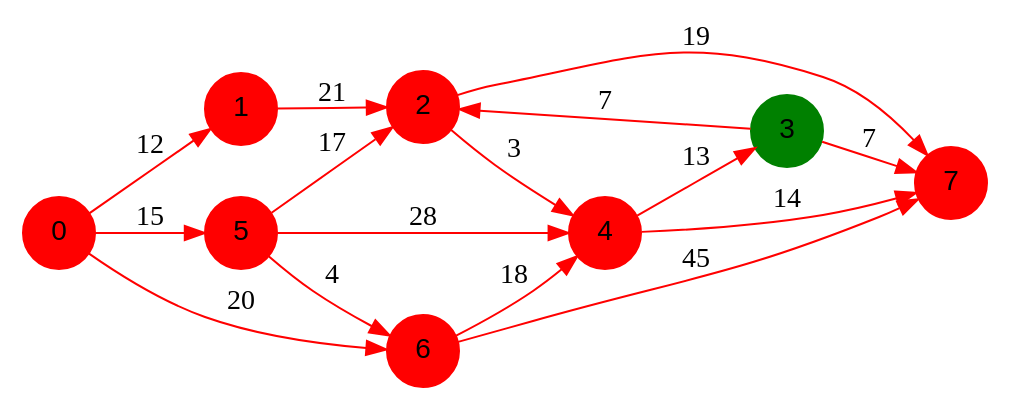
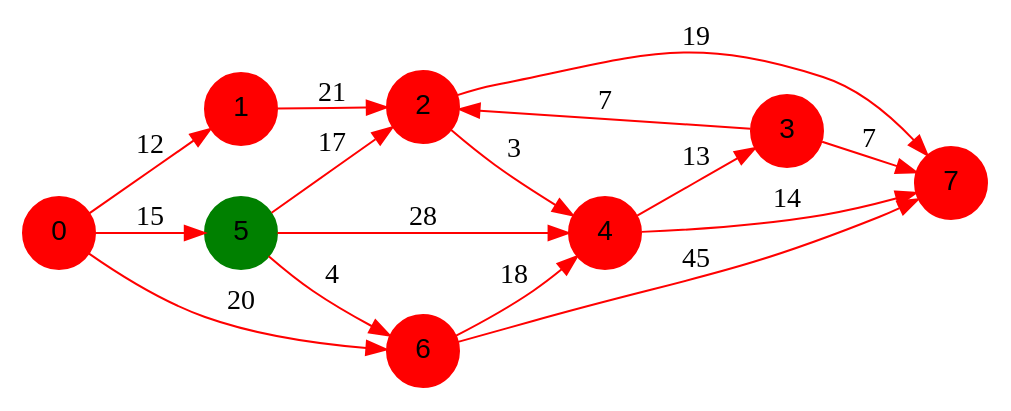
The diagram in programme1/output/dotFiles/graph1/graph1_7.dot (benech17/Shortest-Path), drawn with Graphviz before and after one commit. The commit also changed 19 other files, not shown here.

```diff
--- a/programme1/output/dotFiles/graph1/graph1_7.dot
+++ b/programme1/output/dotFiles/graph1/graph1_7.dot
@@ -1,27 +1,27 @@
 digraph graphe {
 rankdir = LR;
 edge [color=red];
 0 [fontname="Arial", shape = circle, color=red, style=filled];
 1 [fontname="Arial", shape = circle, color=red, style=filled];
 2 [fontname="Arial", shape = circle, color=red, style=filled];
-3 [fontname="Arial", shape = circle, color=green, style=filled];
+3 [fontname="Arial", shape = circle, color=red, style=filled];
 4 [fontname="Arial", shape = circle, color=red, style=filled];
-5 [fontname="Arial", shape = circle, color=red, style=filled];
+5 [fontname="Arial", shape = circle, color=green, style=filled];
 6 [fontname="Arial", shape = circle, color=red, style=filled];
 7 [fontname="Arial", shape = circle, color=red, style=filled];
 	0 -> 1 [label = "12"];
 	0 -> 5 [label = "15"];
 	0 -> 6 [label = "20"];
 	1 -> 2 [label = "21"];
 	2 -> 4 [label = "3"];
 	2 -> 7 [label = "19"];
 	3 -> 2 [label = "7"];
 	3 -> 7 [label = "7"];
 	4 -> 3 [label = "13"];
 	4 -> 7 [label = "14"];
 	5 -> 2 [label = "17"];
 	5 -> 4 [label = "28"];
 	5 -> 6 [label = "4"];
 	6 -> 4 [label = "18"];
 	6 -> 7 [label = "45"];
 }
```
